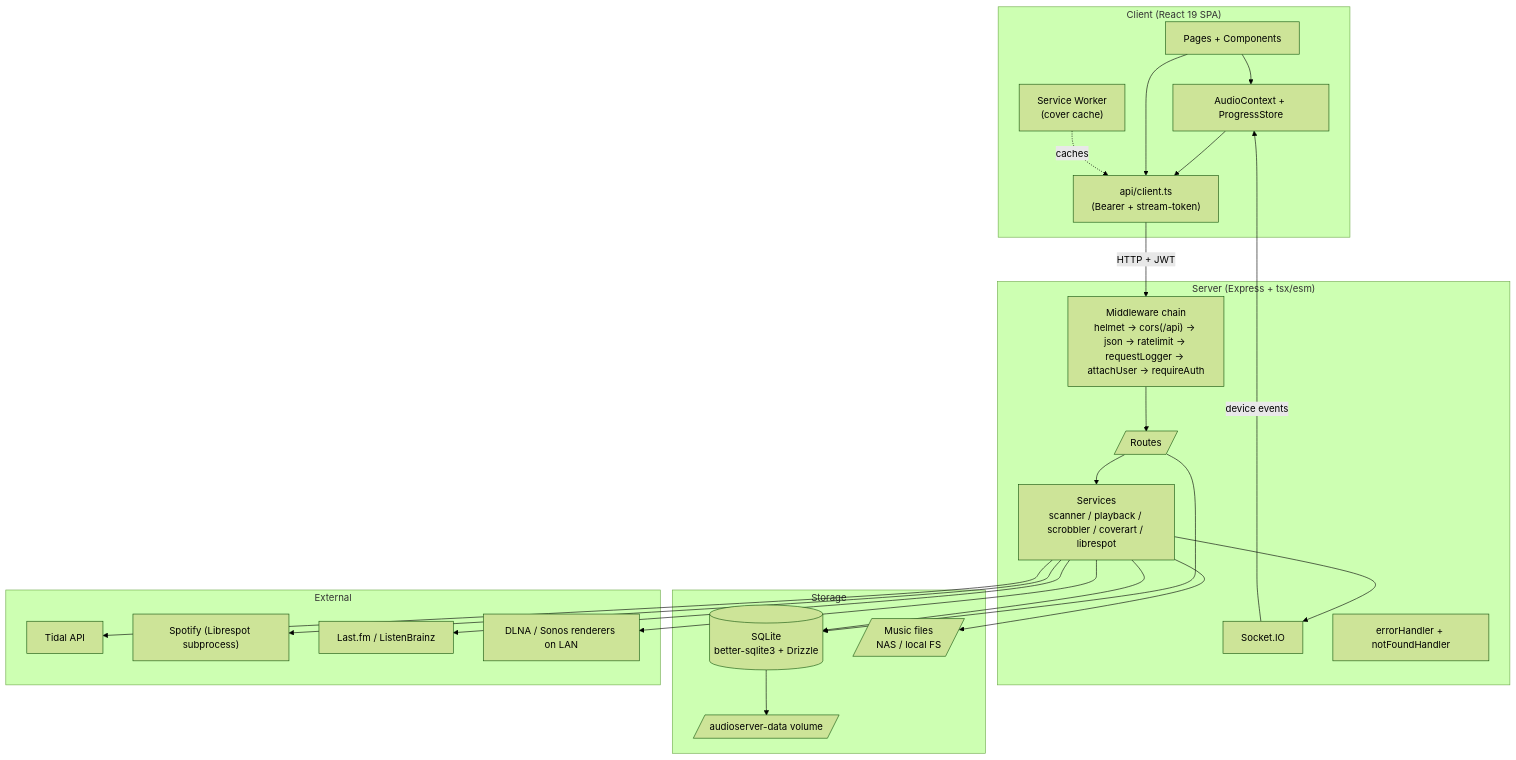
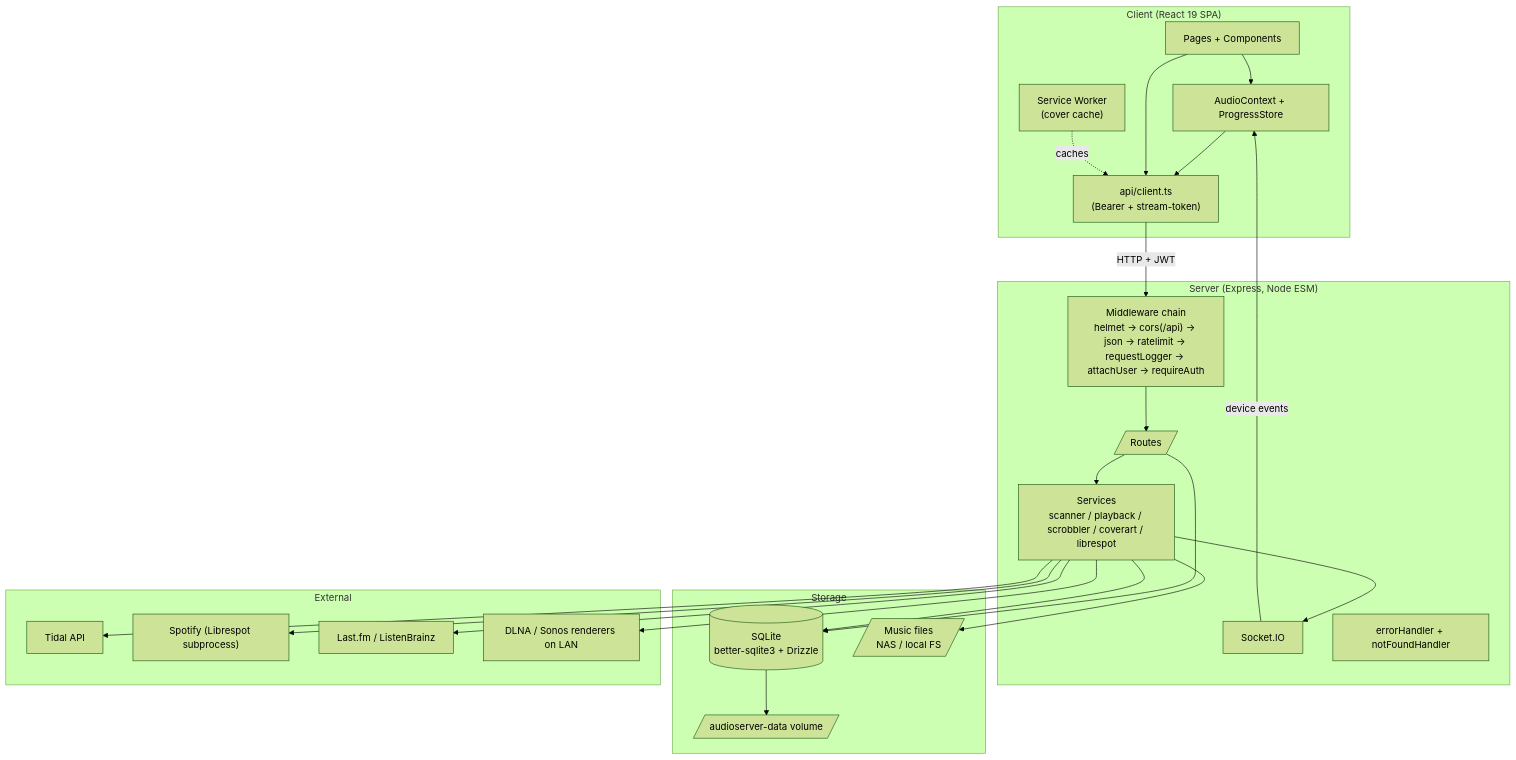
Before and after one commit to Kwaichang70/AudioServer: the first of 2 diagrams in docs/architecture.md, drawn with Mermaid (forest theme). The commit also changed other lines of this file and 39 other files, not shown here.

````diff
--- a/docs/architecture.md
+++ b/docs/architecture.md
@@ -9,48 +9,48 @@
 ```mermaid
 graph TB
   subgraph Client["Client (React 19 SPA)"]
     UI[Pages + Components]
     AC[AudioContext + ProgressStore]
     APIC["api/client.ts<br/>(Bearer + stream-token)"]
     SW["Service Worker<br/>(cover cache)"]
   end
 
-  subgraph Server["Server (Express + tsx/esm)"]
+  subgraph Server["Server (Express, Node ESM)"]
     MW["Middleware chain<br/>helmet → cors(/api) → json → ratelimit → requestLogger → attachUser → requireAuth"]
     R[/Routes/]
     SVC["Services<br/>scanner / playback / scrobbler / coverart / librespot"]
     SIO[Socket.IO]
     ERR[errorHandler + notFoundHandler]
   end
 
   subgraph Storage
     DB[(SQLite<br/>better-sqlite3 + Drizzle)]
     FS[/Music files<br/>NAS / local FS/]
     VOL[/audioserver-data volume/]
   end
 
   subgraph External
     TIDAL[Tidal API]
     SPOT["Spotify (Librespot subprocess)"]
     LFM[Last.fm / ListenBrainz]
     DLNA[DLNA / Sonos renderers on LAN]
   end
 
   UI --> AC
   AC --> APIC
   UI --> APIC
   APIC -->|HTTP + JWT| MW
   MW --> R
   R --> SVC
   R --> DB
   SVC --> DB
   SVC --> FS
   SVC --> TIDAL
   SVC --> SPOT
   SVC --> LFM
   SIO -->|device events| AC
   SVC --> SIO
   SVC --> DLNA
   SW -.->|caches| APIC
   DB --> VOL
 ```
````
